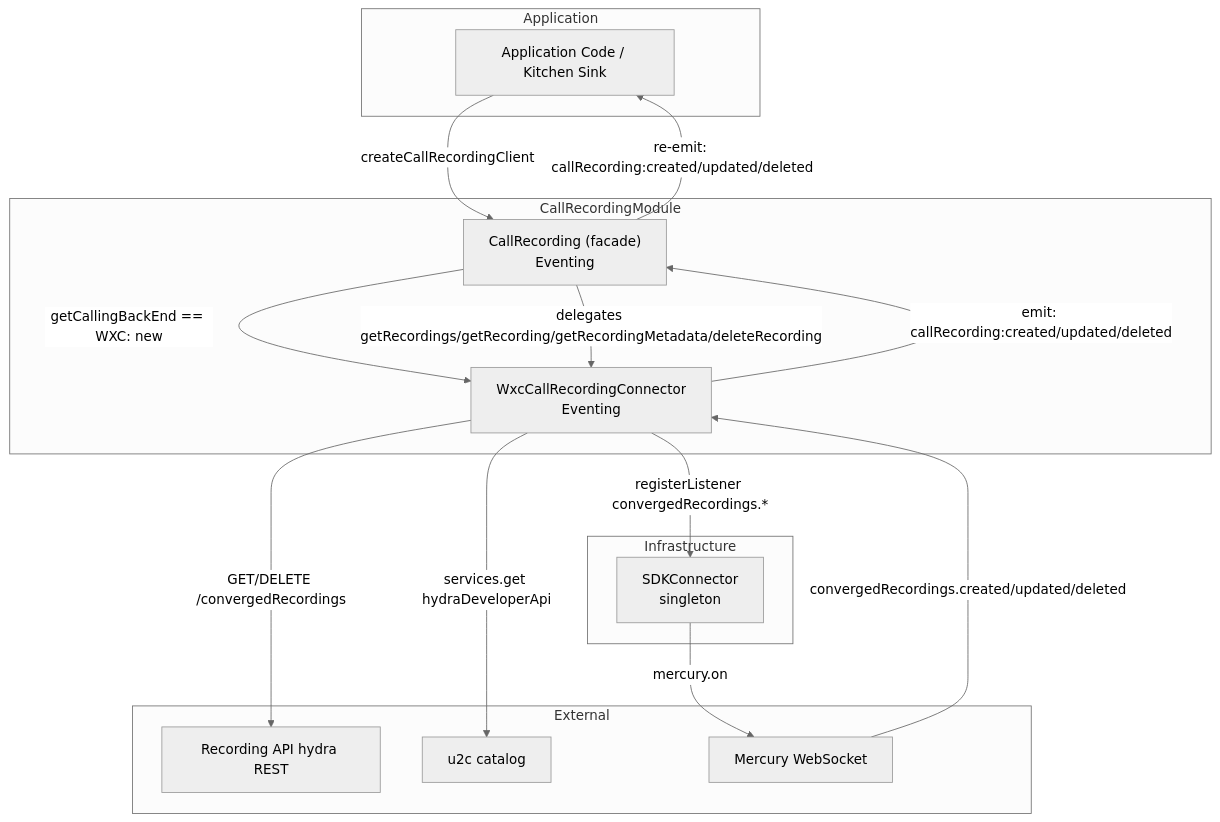
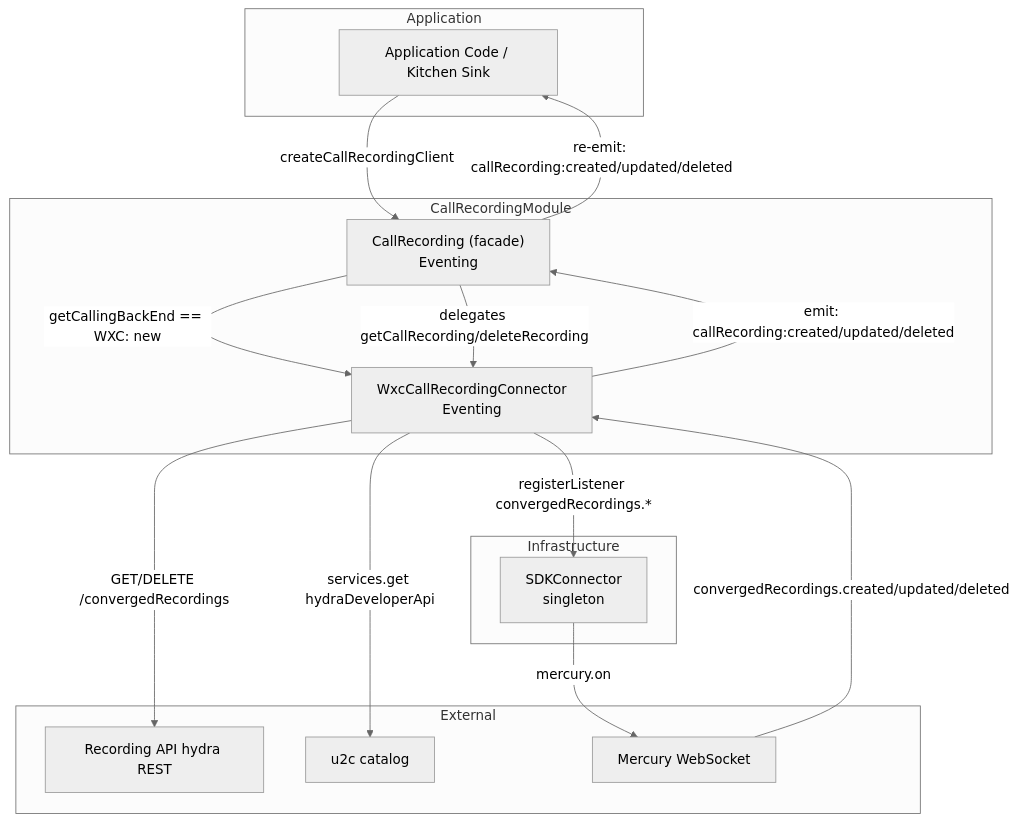
The first of 6 diagrams in packages/calling/src/CallRecording/ai-docs/ARCHITECTURE.md (webex/webex-js-sdk), drawn with Mermaid (neutral theme) before and after one commit. The commit also changed other lines of this file and 13 other files, not shown here.

Commit message:
feat(calling): consolidate recording reads into getCallRecording and add remote-party of the user

````diff
--- a/packages/calling/src/CallRecording/ai-docs/ARCHITECTURE.md
+++ b/packages/calling/src/CallRecording/ai-docs/ARCHITECTURE.md
@@ -60,33 +60,33 @@
 ```mermaid
 flowchart TB
     subgraph Application
         App[Application Code / Kitchen Sink]
     end
 
     subgraph CallRecordingModule
         CR["CallRecording (facade)\nEventing<CallRecordingEventTypes>"]
         WC["WxcCallRecordingConnector\nEventing<CallRecordingEventTypes>"]
     end
 
     subgraph Infrastructure
         SDK["SDKConnector\nsingleton"]
     end
 
     subgraph External
         WxApp[Recording API hydra REST]
         Catalog[u2c catalog]
         Mercury[Mercury WebSocket]
     end
 
     App -->|createCallRecordingClient| CR
     CR -->|getCallingBackEnd == WXC: new| WC
-    CR -->|delegates getRecordings/getRecording/getRecordingMetadata/deleteRecording| WC
+    CR -->|delegates getCallRecording/deleteRecording| WC
     WC -->|services.get hydraDeveloperApi| Catalog
     WC -->|GET/DELETE /convergedRecordings| WxApp
 
     WC -->|registerListener convergedRecordings.*| SDK
     SDK -->|mercury.on| Mercury
     Mercury -->|convergedRecordings.created/updated/deleted| WC
     WC -->|emit: callRecording:created/updated/deleted| CR
     CR -->|re-emit: callRecording:created/updated/deleted| App
 ```
````
